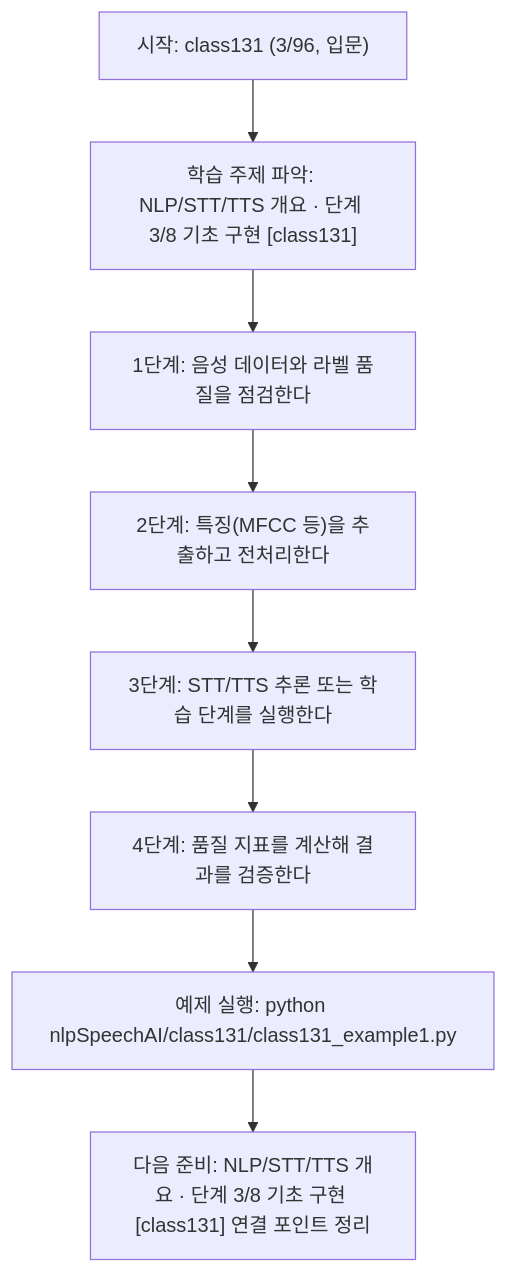
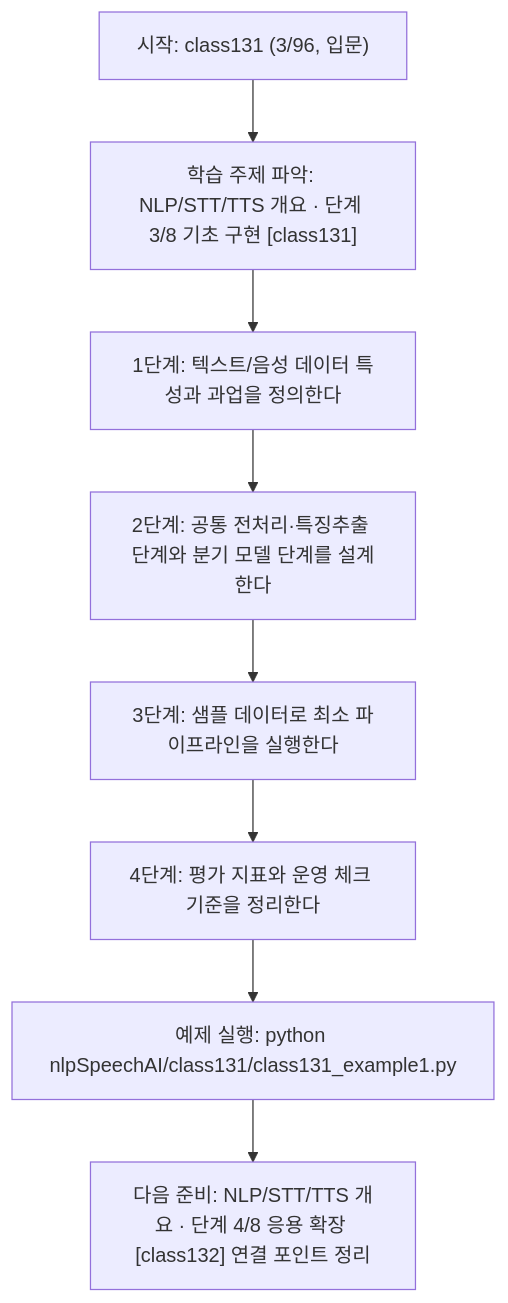
One commit to edumgt/Python-AI_Agent-Class changed the diagram in nlpSpeechAI/class131/class131.md. Above: the diagram before and after it, drawn with Mermaid. The commit also changed other lines of this file and 1122 other files, not shown here.

````diff
--- a/nlpSpeechAI/class131/class131.md
+++ b/nlpSpeechAI/class131/class131.md
@@ -115,18 +95,18 @@
 ```mermaid
 flowchart TD
 N1["시작: class131 (3/96, 입문)"]
 N2["학습 주제 파악: NLP/STT/TTS 개요 · 단계 3/8 기초 구현 [class131]"]
-N3["1단계: 음성 데이터와 라벨 품질을 점검한다"]
-N4["2단계: 특징(MFCC 등)을 추출하고 전처리한다"]
-N5["3단계: STT/TTS 추론 또는 학습 단계를 실행한다"]
-N6["4단계: 품질 지표를 계산해 결과를 검증한다"]
+N3["1단계: 텍스트/음성 데이터 특성과 과업을 정의한다"]
+N4["2단계: 공통 전처리·특징추출 단계와 분기 모델 단계를 설계한다"]
+N5["3단계: 샘플 데이터로 최소 파이프라인을 실행한다"]
+N6["4단계: 평가 지표와 운영 체크 기준을 정리한다"]
 N7["예제 실행: python nlpSpeechAI/class131/class131_example1.py"]
-N8["다음 준비: NLP/STT/TTS 개요 · 단계 3/8 기초 구현 [class131] 연결 포인트 정리"]
+N8["다음 준비: NLP/STT/TTS 개요 · 단계 4/8 응용 확장 [class132] 연결 포인트 정리"]
 N1 --> N2
 N2 --> N3
 N3 --> N4
 N4 --> N5
 N5 --> N6
 N6 --> N7
 N7 --> N8
 ```
````
